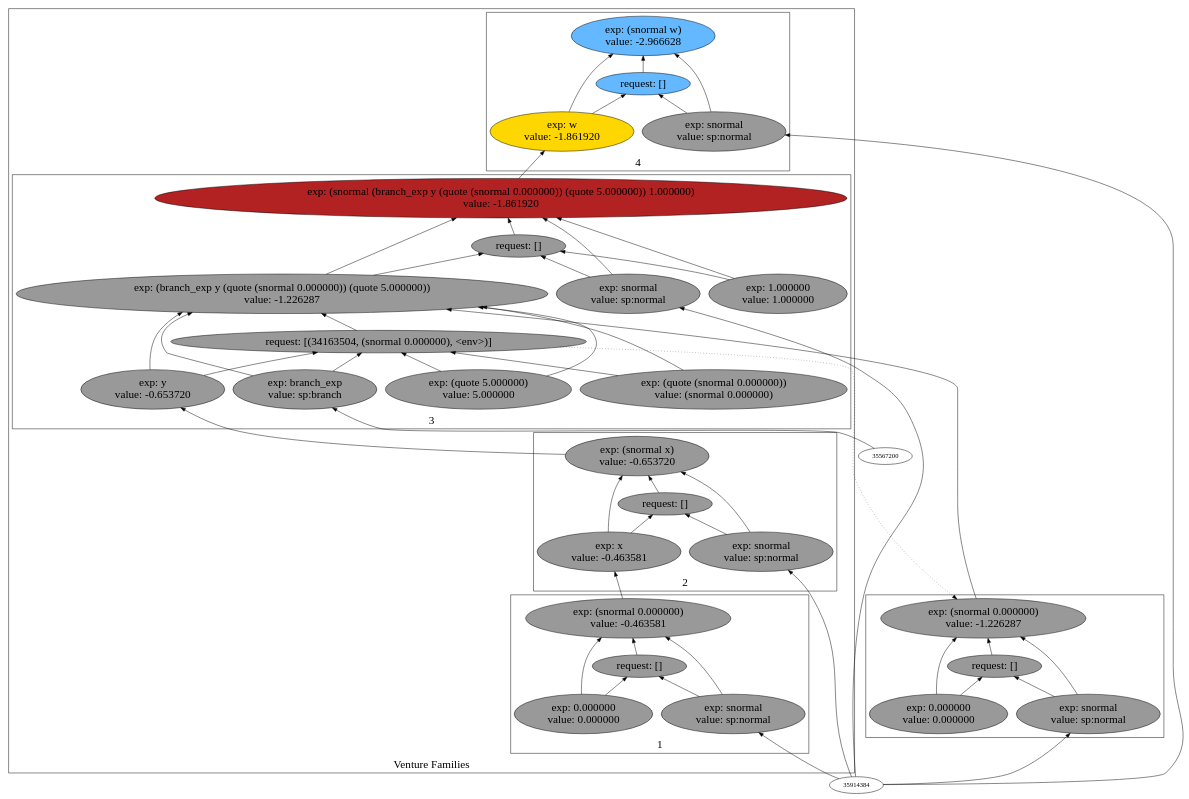
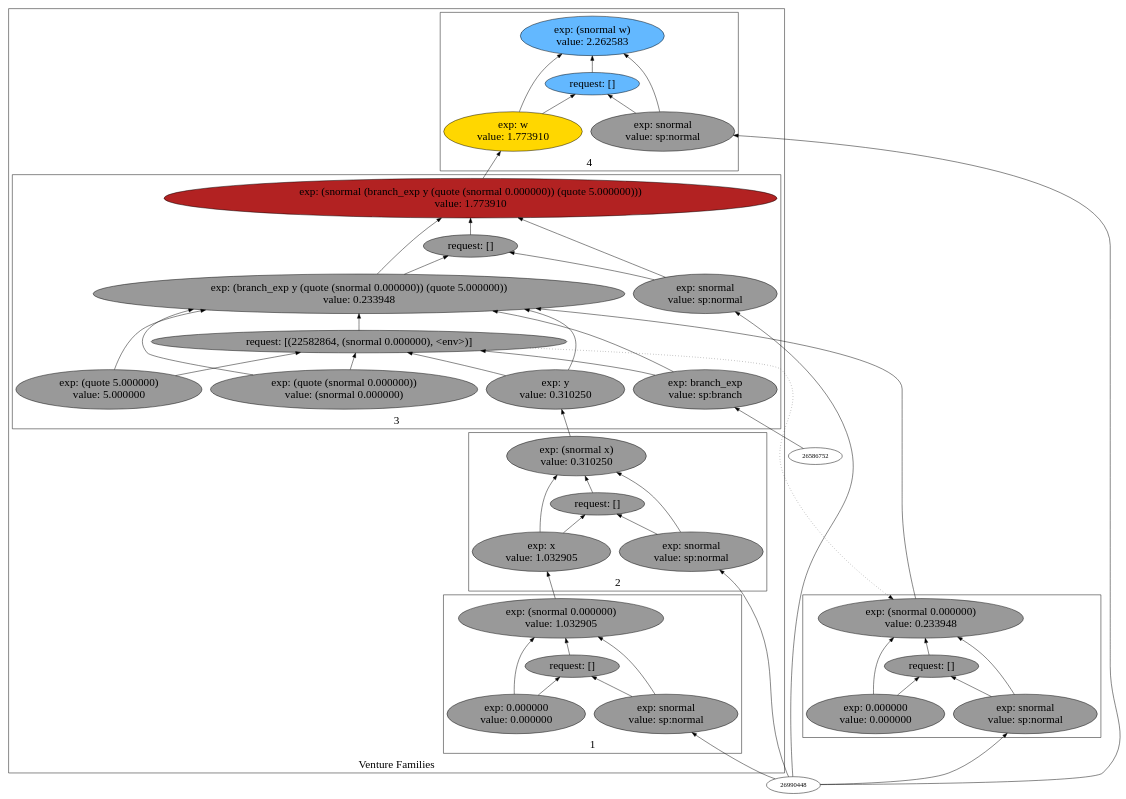
One commit to probcomp/Venturecxx changed the diagram in backend/cxx/graphs/partition/dot11.dot. Above: the diagram before and after it, drawn with Graphviz. The commit also changed 403 other files, not shown here.

```diff
--- a/backend/cxx/graphs/partition/dot11.dot
+++ b/backend/cxx/graphs/partition/dot11.dot
@@ -5,98 +5,95 @@
 label="Venture Families"
 subgraph cluster2 {
 label="1"
-"30372512"["fillcolor"="grey60" "fontsize"="24" "label"="exp: (snormal 0.000000)\nvalue: -0.463581" "shape"="ellipse" "style"="filled" ]
-"31225584"["fillcolor"="grey60" "fontsize"="24" "label"="request: []" "shape"="ellipse" "style"="filled" ]
-"33378608"["fillcolor"="grey60" "fontsize"="24" "label"="exp: snormal\nvalue: sp:normal" "shape"="ellipse" "style"="filled" ]
-"32496912"["fillcolor"="grey60" "fontsize"="24" "label"="exp: 0.000000\nvalue: 0.000000" "shape"="ellipse" "style"="filled" ]
+"21616208"["fillcolor"="grey60" "fontsize"="24" "label"="exp: (snormal 0.000000)\nvalue: 1.032905" "shape"="ellipse" "style"="filled" ]
+"20391696"["fillcolor"="grey60" "fontsize"="24" "label"="request: []" "shape"="ellipse" "style"="filled" ]
+"19076864"["fillcolor"="grey60" "fontsize"="24" "label"="exp: snormal\nvalue: sp:normal" "shape"="ellipse" "style"="filled" ]
+"28719440"["fillcolor"="grey60" "fontsize"="24" "label"="exp: 0.000000\nvalue: 0.000000" "shape"="ellipse" "style"="filled" ]
 }
 
 subgraph cluster3 {
 label="2"
-"31015344"["fillcolor"="grey60" "fontsize"="24" "label"="exp: (snormal x)\nvalue: -0.653720" "shape"="ellipse" "style"="filled" ]
-"32878672"["fillcolor"="grey60" "fontsize"="24" "label"="request: []" "shape"="ellipse" "style"="filled" ]
-"30473984"["fillcolor"="grey60" "fontsize"="24" "label"="exp: snormal\nvalue: sp:normal" "shape"="ellipse" "style"="filled" ]
-"30766480"["fillcolor"="grey60" "fontsize"="24" "label"="exp: x\nvalue: -0.463581" "shape"="ellipse" "style"="filled" ]
+"23610064"["fillcolor"="grey60" "fontsize"="24" "label"="exp: (snormal x)\nvalue: 0.310250" "shape"="ellipse" "style"="filled" ]
+"24940288"["fillcolor"="grey60" "fontsize"="24" "label"="request: []" "shape"="ellipse" "style"="filled" ]
+"25014224"["fillcolor"="grey60" "fontsize"="24" "label"="exp: snormal\nvalue: sp:normal" "shape"="ellipse" "style"="filled" ]
+"24988336"["fillcolor"="grey60" "fontsize"="24" "label"="exp: x\nvalue: 1.032905" "shape"="ellipse" "style"="filled" ]
 }
 
 subgraph cluster4 {
 label="3"
-"34460816"["fillcolor"="firebrick" "fontsize"="24" "label"="exp: (snormal (branch_exp y (quote (snormal 0.000000)) (quote 5.000000)) 1.000000)\nvalue: -1.861920" "shape"="ellipse" "style"="filled" ]
-"34491664"["fillcolor"="grey60" "fontsize"="24" "label"="request: []" "shape"="ellipse" "style"="filled" ]
-"32454352"["fillcolor"="grey60" "fontsize"="24" "label"="exp: snormal\nvalue: sp:normal" "shape"="ellipse" "style"="filled" ]
-"31227776"["fillcolor"="grey60" "fontsize"="24" "label"="exp: (branch_exp y (quote (snormal 0.000000)) (quote 5.000000))\nvalue: -1.226287" "shape"="ellipse" "style"="filled" ]
-"34163504"["fillcolor"="grey60" "fontsize"="24" "label"="request: [(34163504, (snormal 0.000000), <env>)]" "shape"="ellipse" "style"="filled" ]
-"35758960"["fillcolor"="grey60" "fontsize"="24" "label"="exp: branch_exp\nvalue: sp:branch" "shape"="ellipse" "style"="filled" ]
-"32504208"["fillcolor"="grey60" "fontsize"="24" "label"="exp: y\nvalue: -0.653720" "shape"="ellipse" "style"="filled" ]
-"32794384"["fillcolor"="grey60" "fontsize"="24" "label"="exp: (quote (snormal 0.000000))\nvalue: (snormal 0.000000)" "shape"="ellipse" "style"="filled" ]
-"36008416"["fillcolor"="grey60" "fontsize"="24" "label"="exp: (quote 5.000000)\nvalue: 5.000000" "shape"="ellipse" "style"="filled" ]
-"37356800"["fillcolor"="grey60" "fontsize"="24" "label"="exp: 1.000000\nvalue: 1.000000" "shape"="ellipse" "style"="filled" ]
+"23304768"["fillcolor"="firebrick" "fontsize"="24" "label"="exp: (snormal (branch_exp y (quote (snormal 0.000000)) (quote 5.000000)))\nvalue: 1.773910" "shape"="ellipse" "style"="filled" ]
+"24625888"["fillcolor"="grey60" "fontsize"="24" "label"="request: []" "shape"="ellipse" "style"="filled" ]
+"23710592"["fillcolor"="grey60" "fontsize"="24" "label"="exp: snormal\nvalue: sp:normal" "shape"="ellipse" "style"="filled" ]
+"24939776"["fillcolor"="grey60" "fontsize"="24" "label"="exp: (branch_exp y (quote (snormal 0.000000)) (quote 5.000000))\nvalue: 0.233948" "shape"="ellipse" "style"="filled" ]
+"22582864"["fillcolor"="grey60" "fontsize"="24" "label"="request: [(22582864, (snormal 0.000000), <env>)]" "shape"="ellipse" "style"="filled" ]
+"21801008"["fillcolor"="grey60" "fontsize"="24" "label"="exp: branch_exp\nvalue: sp:branch" "shape"="ellipse" "style"="filled" ]
+"21571136"["fillcolor"="grey60" "fontsize"="24" "label"="exp: y\nvalue: 0.310250" "shape"="ellipse" "style"="filled" ]
+"22579328"["fillcolor"="grey60" "fontsize"="24" "label"="exp: (quote (snormal 0.000000))\nvalue: (snormal 0.000000)" "shape"="ellipse" "style"="filled" ]
+"22672608"["fillcolor"="grey60" "fontsize"="24" "label"="exp: (quote 5.000000)\nvalue: 5.000000" "shape"="ellipse" "style"="filled" ]
 }
 
 subgraph cluster5 {
 label="4"
-"30753584"["fillcolor"="steelblue1" "fontsize"="24" "label"="exp: (snormal w)\nvalue: -2.966628" "shape"="ellipse" "style"="filled" ]
-"37540816"["fillcolor"="steelblue1" "fontsize"="24" "label"="request: []" "shape"="ellipse" "style"="filled" ]
-"30738144"["fillcolor"="grey60" "fontsize"="24" "label"="exp: snormal\nvalue: sp:normal" "shape"="ellipse" "style"="filled" ]
-"30301216"["fillcolor"="gold" "fontsize"="24" "label"="exp: w\nvalue: -1.861920" "shape"="ellipse" "style"="filled" ]
+"26590768"["fillcolor"="steelblue1" "fontsize"="24" "label"="exp: (snormal w)\nvalue: 2.262583" "shape"="ellipse" "style"="filled" ]
+"21600256"["fillcolor"="steelblue1" "fontsize"="24" "label"="request: []" "shape"="ellipse" "style"="filled" ]
+"24603856"["fillcolor"="grey60" "fontsize"="24" "label"="exp: snormal\nvalue: sp:normal" "shape"="ellipse" "style"="filled" ]
+"21586576"["fillcolor"="gold" "fontsize"="24" "label"="exp: w\nvalue: 1.773910" "shape"="ellipse" "style"="filled" ]
 }
 
 }
 
 subgraph cluster6 {
 label=""
-"37253632"["fillcolor"="grey60" "fontsize"="24" "label"="exp: (snormal 0.000000)\nvalue: -1.226287" "shape"="ellipse" "style"="filled" ]
-"37497584"["fillcolor"="grey60" "fontsize"="24" "label"="request: []" "shape"="ellipse" "style"="filled" ]
-"31215360"["fillcolor"="grey60" "fontsize"="24" "label"="exp: snormal\nvalue: sp:normal" "shape"="ellipse" "style"="filled" ]
-"38779248"["fillcolor"="grey60" "fontsize"="24" "label"="exp: 0.000000\nvalue: 0.000000" "shape"="ellipse" "style"="filled" ]
+"21574256"["fillcolor"="grey60" "fontsize"="24" "label"="exp: (snormal 0.000000)\nvalue: 0.233948" "shape"="ellipse" "style"="filled" ]
+"21608528"["fillcolor"="grey60" "fontsize"="24" "label"="request: []" "shape"="ellipse" "style"="filled" ]
+"21564608"["fillcolor"="grey60" "fontsize"="24" "label"="exp: snormal\nvalue: sp:normal" "shape"="ellipse" "style"="filled" ]
+"27074384"["fillcolor"="grey60" "fontsize"="24" "label"="exp: 0.000000\nvalue: 0.000000" "shape"="ellipse" "style"="filled" ]
 }
 
-"33378608" -> "30372512"["arrowhead"="normal" "color"="black" "constraint"="true" "style"="solid" ]
-"33378608" -> "31225584"["arrowhead"="normal" "color"="black" "constraint"="true" "style"="solid" ]
-"35914384" -> "33378608"["arrowhead"="normal" "color"="black" "constraint"="true" "style"="solid" ]
-"32496912" -> "30372512"["arrowhead"="normal" "color"="black" "constraint"="true" "style"="solid" ]
-"32496912" -> "31225584"["arrowhead"="normal" "color"="black" "constraint"="true" "style"="solid" ]
-"31225584" -> "30372512"["arrowhead"="normal" "color"="black" "constraint"="true" "style"="solid" ]
-"30738144" -> "30753584"["arrowhead"="normal" "color"="black" "constraint"="true" "style"="solid" ]
-"30738144" -> "37540816"["arrowhead"="normal" "color"="black" "constraint"="true" "style"="solid" ]
-"35914384" -> "30738144"["arrowhead"="normal" "color"="black" "constraint"="true" "style"="solid" ]
-"30301216" -> "30753584"["arrowhead"="normal" "color"="black" "constraint"="true" "style"="solid" ]
-"30301216" -> "37540816"["arrowhead"="normal" "color"="black" "constraint"="true" "style"="solid" ]
-"34460816" -> "30301216"["arrowhead"="normal" "color"="black" "constraint"="true" "style"="solid" ]
-"37540816" -> "30753584"["arrowhead"="normal" "color"="black" "constraint"="true" "style"="solid" ]
-"30473984" -> "31015344"["arrowhead"="normal" "color"="black" "constraint"="true" "style"="solid" ]
-"30473984" -> "32878672"["arrowhead"="normal" "color"="black" "constraint"="true" "style"="solid" ]
-"35914384" -> "30473984"["arrowhead"="normal" "color"="black" "constraint"="true" "style"="solid" ]
-"30766480" -> "31015344"["arrowhead"="normal" "color"="black" "constraint"="true" "style"="solid" ]
-"30766480" -> "32878672"["arrowhead"="normal" "color"="black" "constraint"="true" "style"="solid" ]
-"30372512" -> "30766480"["arrowhead"="normal" "color"="black" "constraint"="true" "style"="solid" ]
-"32878672" -> "31015344"["arrowhead"="normal" "color"="black" "constraint"="true" "style"="solid" ]
-"32454352" -> "34460816"["arrowhead"="normal" "color"="black" "constraint"="true" "style"="solid" ]
-"32454352" -> "34491664"["arrowhead"="normal" "color"="black" "constraint"="true" "style"="solid" ]
-"35914384" -> "32454352"["arrowhead"="normal" "color"="black" "constraint"="true" "style"="solid" ]
-"31227776" -> "34460816"["arrowhead"="normal" "color"="black" "constraint"="true" "style"="solid" ]
-"31227776" -> "34491664"["arrowhead"="normal" "color"="black" "constraint"="true" "style"="solid" ]
-"35758960" -> "31227776"["arrowhead"="normal" "color"="black" "constraint"="true" "style"="solid" ]
-"35758960" -> "34163504"["arrowhead"="normal" "color"="black" "constraint"="true" "style"="solid" ]
-"35567200" -> "35758960"["arrowhead"="normal" "color"="black" "constraint"="true" "style"="solid" ]
-"32504208" -> "31227776"["arrowhead"="normal" "color"="black" "constraint"="true" "style"="solid" ]
-"32504208" -> "34163504"["arrowhead"="normal" "color"="black" "constraint"="true" "style"="solid" ]
-"31015344" -> "32504208"["arrowhead"="normal" "color"="black" "constraint"="true" "style"="solid" ]
-"32794384" -> "31227776"["arrowhead"="normal" "color"="black" "constraint"="true" "style"="solid" ]
-"32794384" -> "34163504"["arrowhead"="normal" "color"="black" "constraint"="true" "style"="solid" ]
-"36008416" -> "31227776"["arrowhead"="normal" "color"="black" "constraint"="true" "style"="solid" ]
-"36008416" -> "34163504"["arrowhead"="normal" "color"="black" "constraint"="true" "style"="solid" ]
-"34163504" -> "31227776"["arrowhead"="normal" "color"="black" "constraint"="true" "style"="solid" ]
-"37253632" -> "31227776"["arrowhead"="normal" "color"="black" "constraint"="true" "style"="solid" ]
-"34163504" -> "37253632"["arrowhead"="normal" "color"="black" "constraint"="false" "style"="dotted" ]
-"37356800" -> "34460816"["arrowhead"="normal" "color"="black" "constraint"="true" "style"="solid" ]
-"37356800" -> "34491664"["arrowhead"="normal" "color"="black" "constraint"="true" "style"="solid" ]
-"34491664" -> "34460816"["arrowhead"="normal" "color"="black" "constraint"="true" "style"="solid" ]
-"31215360" -> "37253632"["arrowhead"="normal" "color"="black" "constraint"="true" "style"="solid" ]
-"31215360" -> "37497584"["arrowhead"="normal" "color"="black" "constraint"="true" "style"="solid" ]
-"35914384" -> "31215360"["arrowhead"="normal" "color"="black" "constraint"="true" "style"="solid" ]
-"38779248" -> "37253632"["arrowhead"="normal" "color"="black" "constraint"="true" "style"="solid" ]
-"38779248" -> "37497584"["arrowhead"="normal" "color"="black" "constraint"="true" "style"="solid" ]
-"37497584" -> "37253632"["arrowhead"="normal" "color"="black" "constraint"="true" "style"="solid" ]
+"21564608" -> "21574256"["arrowhead"="normal" "color"="black" "constraint"="true" "style"="solid" ]
+"21564608" -> "21608528"["arrowhead"="normal" "color"="black" "constraint"="true" "style"="solid" ]
+"26990448" -> "21564608"["arrowhead"="normal" "color"="black" "constraint"="true" "style"="solid" ]
+"27074384" -> "21574256"["arrowhead"="normal" "color"="black" "constraint"="true" "style"="solid" ]
+"27074384" -> "21608528"["arrowhead"="normal" "color"="black" "constraint"="true" "style"="solid" ]
+"21608528" -> "21574256"["arrowhead"="normal" "color"="black" "constraint"="true" "style"="solid" ]
+"19076864" -> "21616208"["arrowhead"="normal" "color"="black" "constraint"="true" "style"="solid" ]
+"19076864" -> "20391696"["arrowhead"="normal" "color"="black" "constraint"="true" "style"="solid" ]
+"26990448" -> "19076864"["arrowhead"="normal" "color"="black" "constraint"="true" "style"="solid" ]
+"28719440" -> "21616208"["arrowhead"="normal" "color"="black" "constraint"="true" "style"="solid" ]
+"28719440" -> "20391696"["arrowhead"="normal" "color"="black" "constraint"="true" "style"="solid" ]
+"20391696" -> "21616208"["arrowhead"="normal" "color"="black" "constraint"="true" "style"="solid" ]
+"23710592" -> "23304768"["arrowhead"="normal" "color"="black" "constraint"="true" "style"="solid" ]
+"23710592" -> "24625888"["arrowhead"="normal" "color"="black" "constraint"="true" "style"="solid" ]
+"26990448" -> "23710592"["arrowhead"="normal" "color"="black" "constraint"="true" "style"="solid" ]
+"24939776" -> "23304768"["arrowhead"="normal" "color"="black" "constraint"="true" "style"="solid" ]
+"24939776" -> "24625888"["arrowhead"="normal" "color"="black" "constraint"="true" "style"="solid" ]
+"21801008" -> "24939776"["arrowhead"="normal" "color"="black" "constraint"="true" "style"="solid" ]
+"21801008" -> "22582864"["arrowhead"="normal" "color"="black" "constraint"="true" "style"="solid" ]
+"26586752" -> "21801008"["arrowhead"="normal" "color"="black" "constraint"="true" "style"="solid" ]
+"21571136" -> "24939776"["arrowhead"="normal" "color"="black" "constraint"="true" "style"="solid" ]
+"21571136" -> "22582864"["arrowhead"="normal" "color"="black" "constraint"="true" "style"="solid" ]
+"23610064" -> "21571136"["arrowhead"="normal" "color"="black" "constraint"="true" "style"="solid" ]
+"22579328" -> "24939776"["arrowhead"="normal" "color"="black" "constraint"="true" "style"="solid" ]
+"22579328" -> "22582864"["arrowhead"="normal" "color"="black" "constraint"="true" "style"="solid" ]
+"22672608" -> "24939776"["arrowhead"="normal" "color"="black" "constraint"="true" "style"="solid" ]
+"22672608" -> "22582864"["arrowhead"="normal" "color"="black" "constraint"="true" "style"="solid" ]
+"22582864" -> "24939776"["arrowhead"="normal" "color"="black" "constraint"="true" "style"="solid" ]
+"21574256" -> "24939776"["arrowhead"="normal" "color"="black" "constraint"="true" "style"="solid" ]
+"22582864" -> "21574256"["arrowhead"="normal" "color"="black" "constraint"="false" "style"="dotted" ]
+"24625888" -> "23304768"["arrowhead"="normal" "color"="black" "constraint"="true" "style"="solid" ]
+"25014224" -> "23610064"["arrowhead"="normal" "color"="black" "constraint"="true" "style"="solid" ]
+"25014224" -> "24940288"["arrowhead"="normal" "color"="black" "constraint"="true" "style"="solid" ]
+"26990448" -> "25014224"["arrowhead"="normal" "color"="black" "constraint"="true" "style"="solid" ]
+"24988336" -> "23610064"["arrowhead"="normal" "color"="black" "constraint"="true" "style"="solid" ]
+"24988336" -> "24940288"["arrowhead"="normal" "color"="black" "constraint"="true" "style"="solid" ]
+"21616208" -> "24988336"["arrowhead"="normal" "color"="black" "constraint"="true" "style"="solid" ]
+"24940288" -> "23610064"["arrowhead"="normal" "color"="black" "constraint"="true" "style"="solid" ]
+"24603856" -> "26590768"["arrowhead"="normal" "color"="black" "constraint"="true" "style"="solid" ]
+"24603856" -> "21600256"["arrowhead"="normal" "color"="black" "constraint"="true" "style"="solid" ]
+"26990448" -> "24603856"["arrowhead"="normal" "color"="black" "constraint"="true" "style"="solid" ]
+"21586576" -> "26590768"["arrowhead"="normal" "color"="black" "constraint"="true" "style"="solid" ]
+"21586576" -> "21600256"["arrowhead"="normal" "color"="black" "constraint"="true" "style"="solid" ]
+"23304768" -> "21586576"["arrowhead"="normal" "color"="black" "constraint"="true" "style"="solid" ]
+"21600256" -> "26590768"["arrowhead"="normal" "color"="black" "constraint"="true" "style"="solid" ]
 
 }
```
